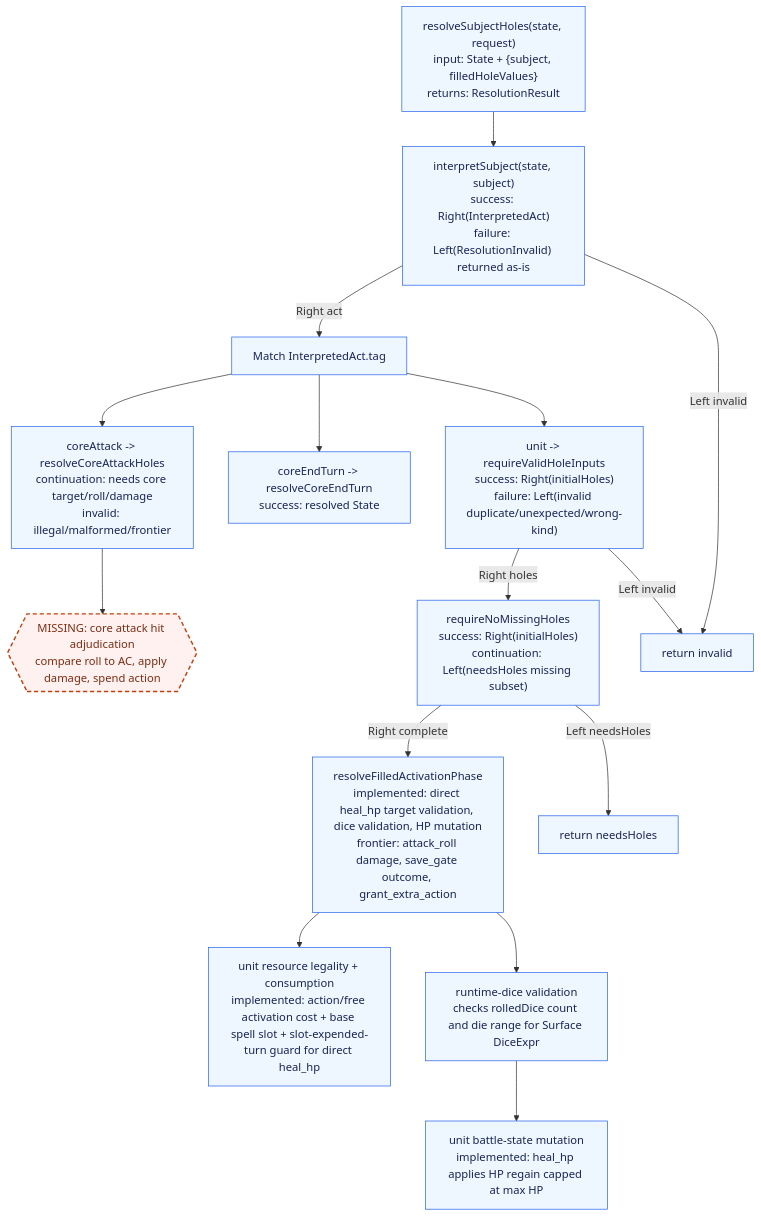
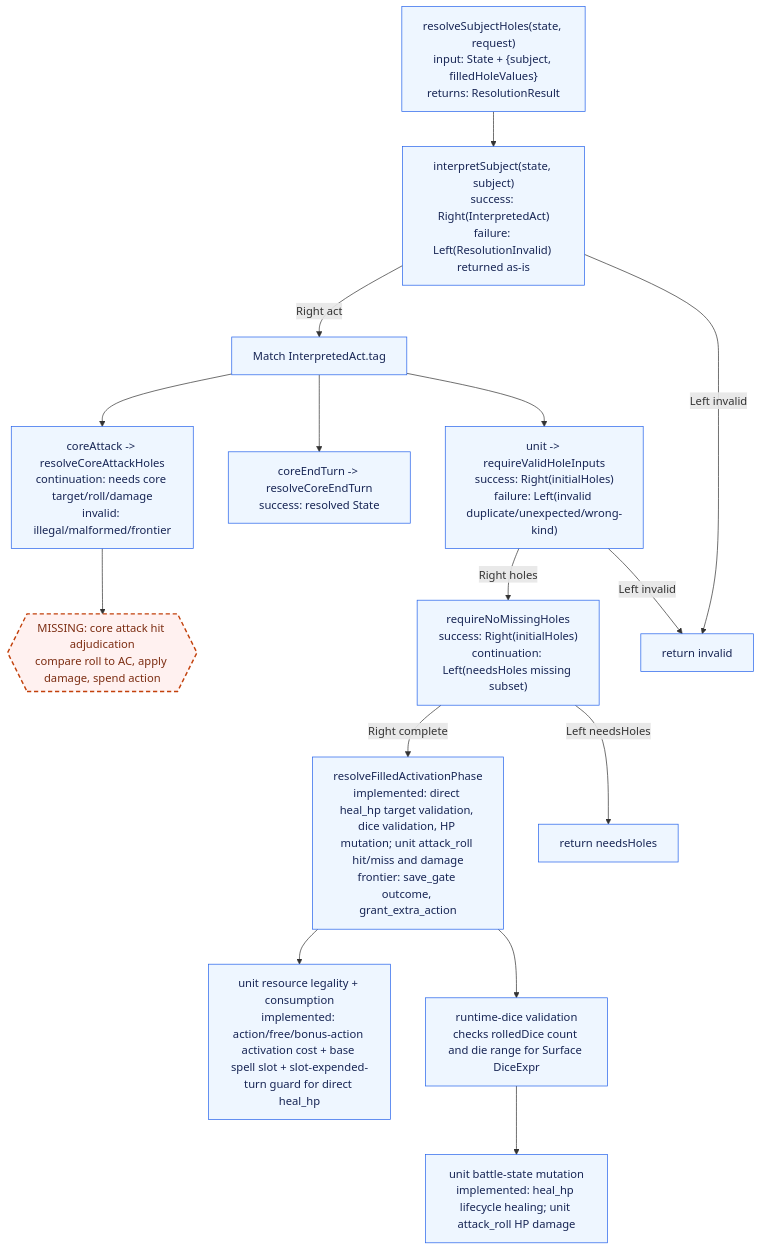
One commit to dearlordylord/5e-quint changed the fourth of 7 diagrams in packages/surface-runtime-correction/ARCHITECTURE_GRAPH.md. Above: the diagram before and after it, drawn with Mermaid. The commit also changed other lines of this file and 20 other files, not shown here.

````diff
--- a/packages/surface-runtime-correction/ARCHITECTURE_GRAPH.md
+++ b/packages/surface-runtime-correction/ARCHITECTURE_GRAPH.md
@@ -143,34 +151,34 @@
 ```mermaid
 flowchart TD
   Resolve["resolveSubjectHoles(state, request)<br/>input: State + {subject, filledHoleValues}<br/>returns: ResolutionResult"]
   Interpret["interpretSubject(state, subject)<br/>success: Right(InterpretedAct)<br/>failure: Left(ResolutionInvalid) returned as-is"]
   Match["Match InterpretedAct.tag"]
 
   CoreAttackResolve["coreAttack -> resolveCoreAttackHoles<br/>continuation: needs core target/roll/damage<br/>invalid: illegal/malformed/frontier"]
   CoreAttackFrontier{{"MISSING: core attack hit adjudication<br/>compare roll to AC, apply damage, spend action"}}
   EndTurnResolve["coreEndTurn -> resolveCoreEndTurn<br/>success: resolved State"]
   ValidInputs["unit -> requireValidHoleInputs<br/>success: Right(initialHoles)<br/>failure: Left(invalid duplicate/unexpected/wrong-kind)"]
   Missing["requireNoMissingHoles<br/>success: Right(initialHoles)<br/>continuation: Left(needsHoles missing subset)"]
-  PhaseExec["resolveFilledActivationPhase<br/>implemented: direct heal_hp target validation, dice validation, HP mutation<br/>frontier: attack_roll damage, save_gate outcome, grant_extra_action"]
-  UnitResource["unit resource legality + consumption<br/>implemented: action/free activation cost + base spell slot + slot-expended-turn guard for direct heal_hp"]
-  UnitMutation["unit battle-state mutation<br/>implemented: heal_hp applies HP regain capped at max HP"]
+  PhaseExec["resolveFilledActivationPhase<br/>implemented: direct heal_hp target validation, dice validation, HP mutation; unit attack_roll hit/miss and damage<br/>frontier: save_gate outcome, grant_extra_action"]
+  UnitResource["unit resource legality + consumption<br/>implemented: action/free/bonus-action activation cost + base spell slot + slot-expended-turn guard for direct heal_hp"]
+  UnitMutation["unit battle-state mutation<br/>implemented: heal_hp lifecycle healing; unit attack_roll HP damage"]
   RuntimeDice["runtime-dice validation<br/>checks rolledDice count and die range for Surface DiceExpr"]
 
   Resolve --> Interpret
   Interpret -->|Left invalid| Invalid["return invalid"]
   Interpret -->|Right act| Match
   Match --> CoreAttackResolve --> CoreAttackFrontier
   Match --> EndTurnResolve
   Match --> ValidInputs
   ValidInputs -->|Left invalid| Invalid
   ValidInputs -->|Right holes| Missing
   Missing -->|Left needsHoles| Needs["return needsHoles"]
   Missing -->|Right complete| PhaseExec
   PhaseExec --> RuntimeDice --> UnitMutation
   PhaseExec --> UnitResource
 
   classDef missing fill:#fff1f0,stroke:#c2410c,stroke-width:2px,stroke-dasharray: 6 4,color:#7c2d12;
   classDef implemented fill:#eef6ff,stroke:#2563eb,color:#172554;
   class CoreAttackFrontier missing;
   class Resolve,Interpret,Match,CoreAttackResolve,EndTurnResolve,ValidInputs,Missing,PhaseExec,RuntimeDice,UnitResource,UnitMutation,Invalid,Needs implemented;
 ```
````
